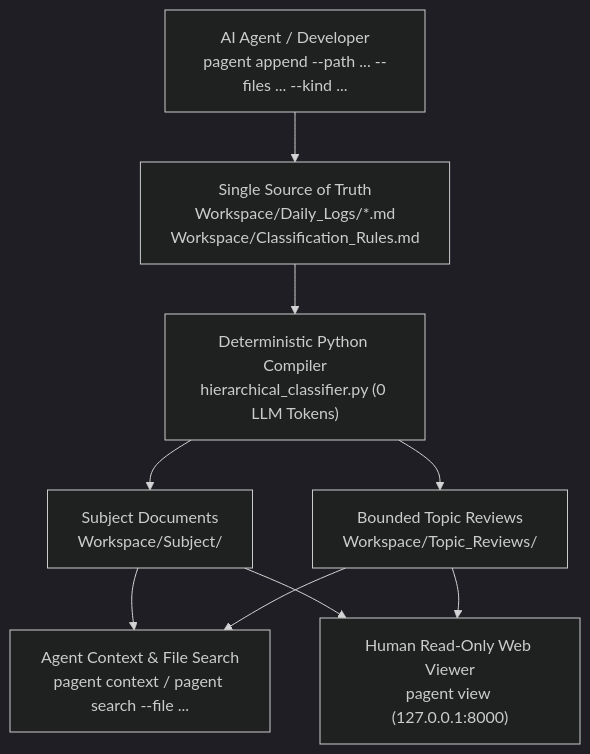
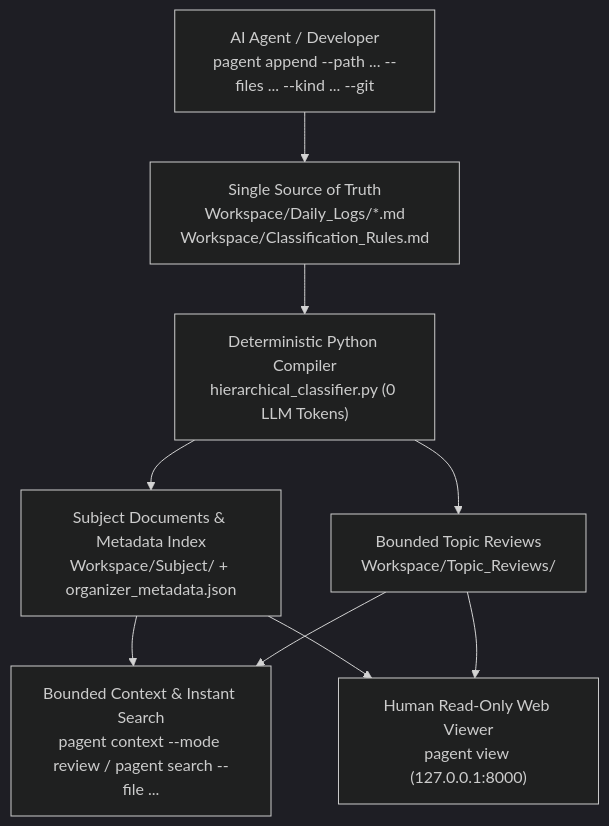
The diagram in README.md (Rubidius37/Agent2Topic), drawn with Mermaid (dark theme) before and after one commit. The commit also changed other lines of this file and 11 other files, not shown here.

Commit message:
Release v0.3.0: separate H6 Entry units, bounded context modes, pre-indexed search, and .venv ancestor lock fix

````diff
--- a/README.md
+++ b/README.md
@@ -19,19 +19,19 @@
 ```mermaid
 flowchart TD
-    A["AI Agent / Developer<br/>pagent append --path ... --files ... --kind ..."]
+    A["AI Agent / Developer<br/>pagent append --path ... --files ... --kind ... --git"]
     B["Single Source of Truth<br/>Workspace/Daily_Logs/*.md<br/>Workspace/Classification_Rules.md"]
     C["Deterministic Python Compiler<br/>hierarchical_classifier.py (0 LLM Tokens)"]
-    D["Subject Documents<br/>Workspace/Subject/"]
+    D["Subject Documents & Metadata Index<br/>Workspace/Subject/ + organizer_metadata.json"]
     E["Bounded Topic Reviews<br/>Workspace/Topic_Reviews/"]
-    F["Agent Context & File Search<br/>pagent context / pagent search --file ..."]
+    F["Bounded Context & Instant Search<br/>pagent context --mode review / pagent search --file ..."]
     G["Human Read-Only Web Viewer<br/>pagent view (127.0.0.1:8000)"]
 
     A --> B
     B --> C
     C --> D
     C --> E
     D --> F
     E --> F
     D --> G
     E --> G
 ```
````
